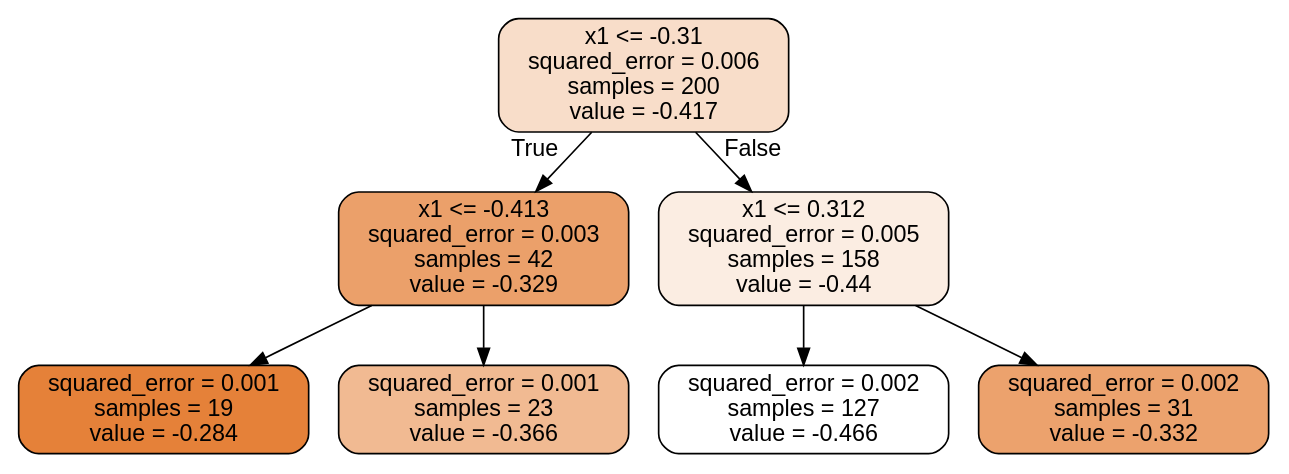
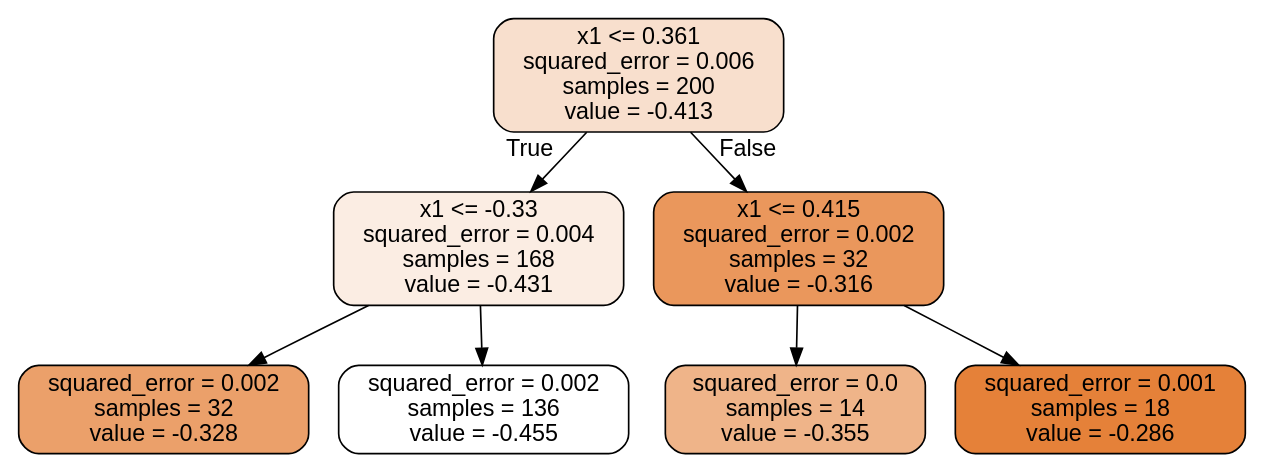
Before and after one commit to teavaj/handson-ml3: the diagram in Vajk/tree_reg.dot, drawn with Graphviz. The commit also changed 7 other files, not shown here.

```diff
--- a/Vajk/tree_reg.dot
+++ b/Vajk/tree_reg.dot
@@ -1,17 +1,17 @@
 digraph Tree {
 node [shape=box, style="filled, rounded", color="black", fontname="helvetica"] ;
 edge [fontname="helvetica"] ;
-0 [label="x1 <= -0.31\nsquared_error = 0.006\nsamples = 200\nvalue = -0.417", fillcolor="#f8ddc9"] ;
-1 [label="x1 <= -0.413\nsquared_error = 0.003\nsamples = 42\nvalue = -0.329", fillcolor="#eba06a"] ;
+0 [label="x1 <= 0.361\nsquared_error = 0.006\nsamples = 200\nvalue = -0.413", fillcolor="#f8dfcd"] ;
+1 [label="x1 <= -0.33\nsquared_error = 0.004\nsamples = 168\nvalue = -0.431", fillcolor="#fbede3"] ;
 0 -> 1 [labeldistance=2.5, labelangle=45, headlabel="True"] ;
-2 [label="squared_error = 0.001\nsamples = 19\nvalue = -0.284", fillcolor="#e58139"] ;
+2 [label="squared_error = 0.002\nsamples = 32\nvalue = -0.328", fillcolor="#eba06a"] ;
 1 -> 2 ;
-3 [label="squared_error = 0.001\nsamples = 23\nvalue = -0.366", fillcolor="#f1ba92"] ;
+3 [label="squared_error = 0.002\nsamples = 136\nvalue = -0.455", fillcolor="#ffffff"] ;
 1 -> 3 ;
-4 [label="x1 <= 0.312\nsquared_error = 0.005\nsamples = 158\nvalue = -0.44", fillcolor="#fbede2"] ;
+4 [label="x1 <= 0.415\nsquared_error = 0.002\nsamples = 32\nvalue = -0.316", fillcolor="#ea975c"] ;
 0 -> 4 [labeldistance=2.5, labelangle=-45, headlabel="False"] ;
-5 [label="squared_error = 0.002\nsamples = 127\nvalue = -0.466", fillcolor="#ffffff"] ;
+5 [label="squared_error = 0.0\nsamples = 14\nvalue = -0.355", fillcolor="#efb489"] ;
 4 -> 5 ;
-6 [label="squared_error = 0.002\nsamples = 31\nvalue = -0.332", fillcolor="#eca26d"] ;
+6 [label="squared_error = 0.001\nsamples = 18\nvalue = -0.286", fillcolor="#e58139"] ;
 4 -> 6 ;
 }
```
